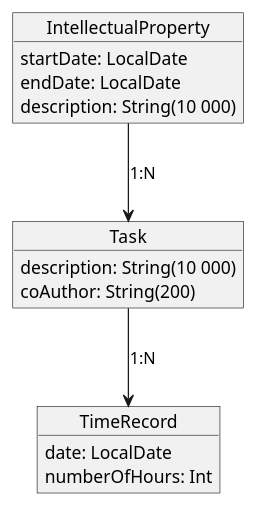
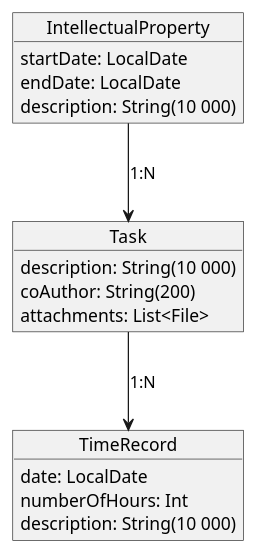
The diagram in src/main/resources/diagrams/intelectual-property.puml (slawekgrzegorzewski/sg-server-app), drawn with PlantUML before and after one commit. The commit also changed 1 other file, not shown here.

Commit message:
IPR diagram and use cases

```diff
--- a/src/main/resources/diagrams/intelectual-property.puml
+++ b/src/main/resources/diagrams/intelectual-property.puml
@@ -1,22 +1,24 @@
 @startuml
 
 object IntellectualProperty {
     startDate: LocalDate
     endDate: LocalDate
     description: String(10 000)
 }
 
 object Task {
     description: String(10 000)
     coAuthor: String(200)
+    attachments: List<File>
 }
 
 object TimeRecord {
     date: LocalDate
     numberOfHours: Int
+    description: String(10 000)
 }
 
 IntellectualProperty --> Task: 1:N
 Task --> TimeRecord: 1:N
 
 @enduml
```
